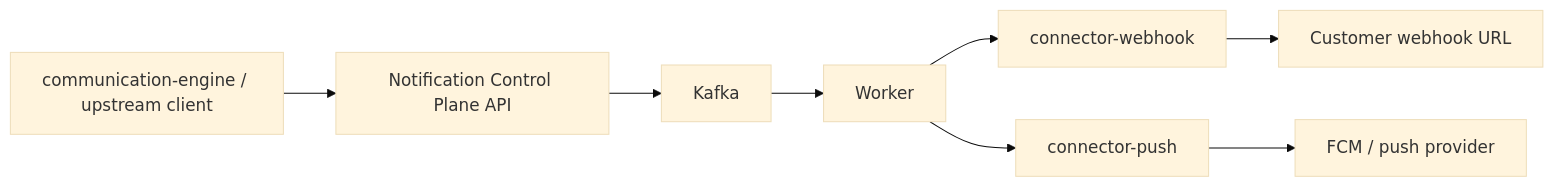
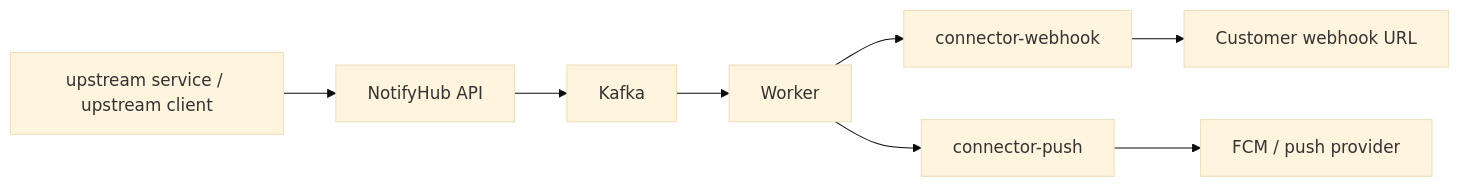
Before and after one commit to NotifyHub-in/NotifyHub: the fourth of 4 diagrams in docs/architecture/managed-provider-platform.md, drawn with Mermaid (base theme). The commit also changed other lines of this file and 109 other files, not shown here.

````diff
--- a/docs/architecture/managed-provider-platform.md
+++ b/docs/architecture/managed-provider-platform.md
@@ -616,15 +616,15 @@
 ```mermaid
 flowchart LR
-    APP["communication-engine / upstream client"]
-    API["Notification Control Plane API"]
+    APP["upstream service / upstream client"]
+    API["NotifyHub API"]
     K["Kafka"]
     W["Worker"]
     CW["connector-webhook"]
     CP["connector-push"]
     DEST["Customer webhook URL"]
     FCM["FCM / push provider"]
 
     APP --> API --> K --> W
     W --> CW --> DEST
     W --> CP --> FCM
 ```
````
